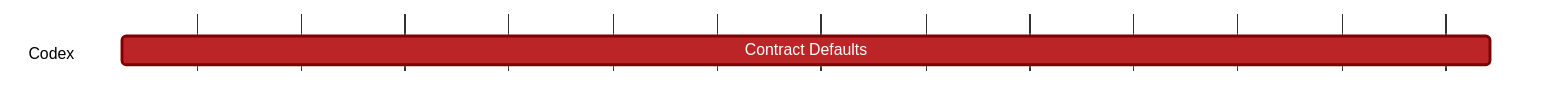
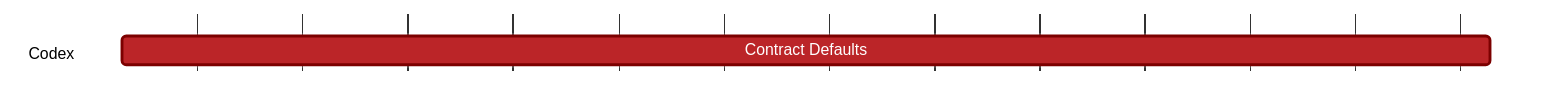
One commit to logos-co/roadmap changed the diagram in content/vac/tke/g/codex/contract-defaults.md. Above: the diagram before and after it, drawn with Mermaid.

````diff
--- a/content/vac/tke/g/codex/contract-defaults.md
+++ b/content/vac/tke/g/codex/contract-defaults.md
@@ -7,19 +7,19 @@
 ```mermaid
 %%{ 
   init: { 
     'theme': 'base', 
     'themeVariables': { 
       'primaryColor': '#BB2528', 
       'primaryTextColor': '#fff', 
       'primaryBorderColor': '#7C0000', 
       'lineColor': '#F8B229', 
       'secondaryColor': '#006100', 
       'tertiaryColor': '#fff' 
     } 
   } 
 }%%
 gantt
 	dateFormat YYYY-MM-DD
 	section Codex
-		Contract Defaults :, 2024-10-01, 2025-01-01
+		Contract Defaults :, 2024-10-01, 2024-12-31
 ```
````
